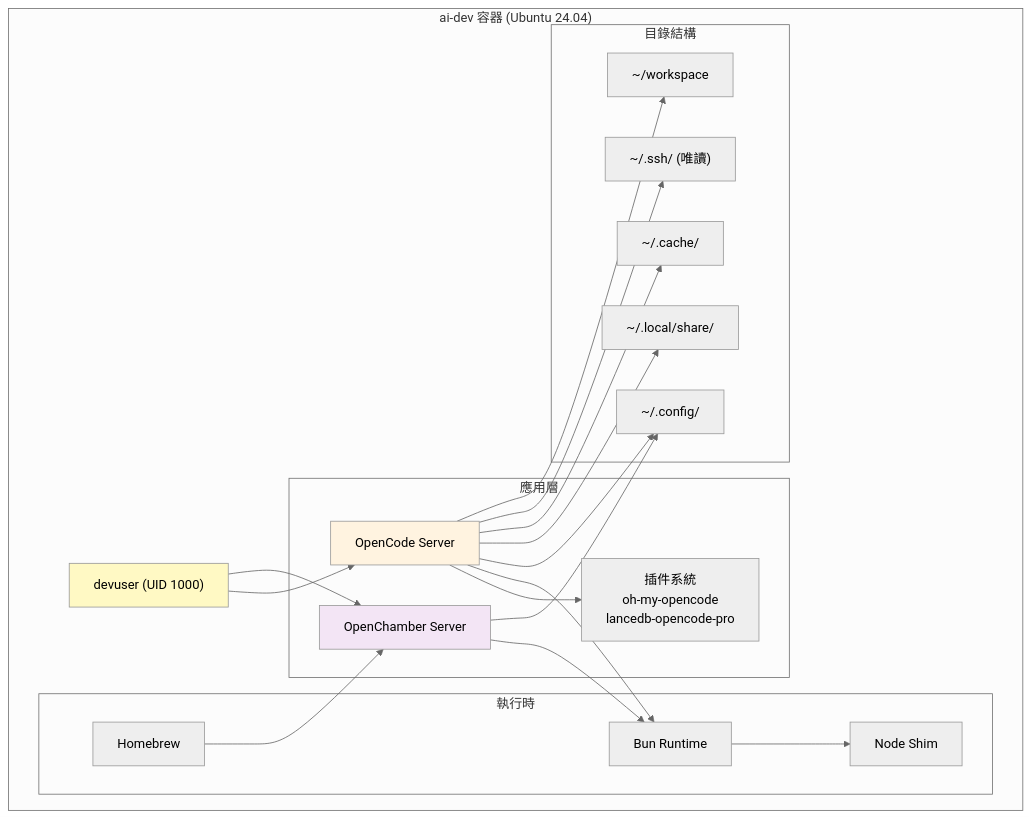
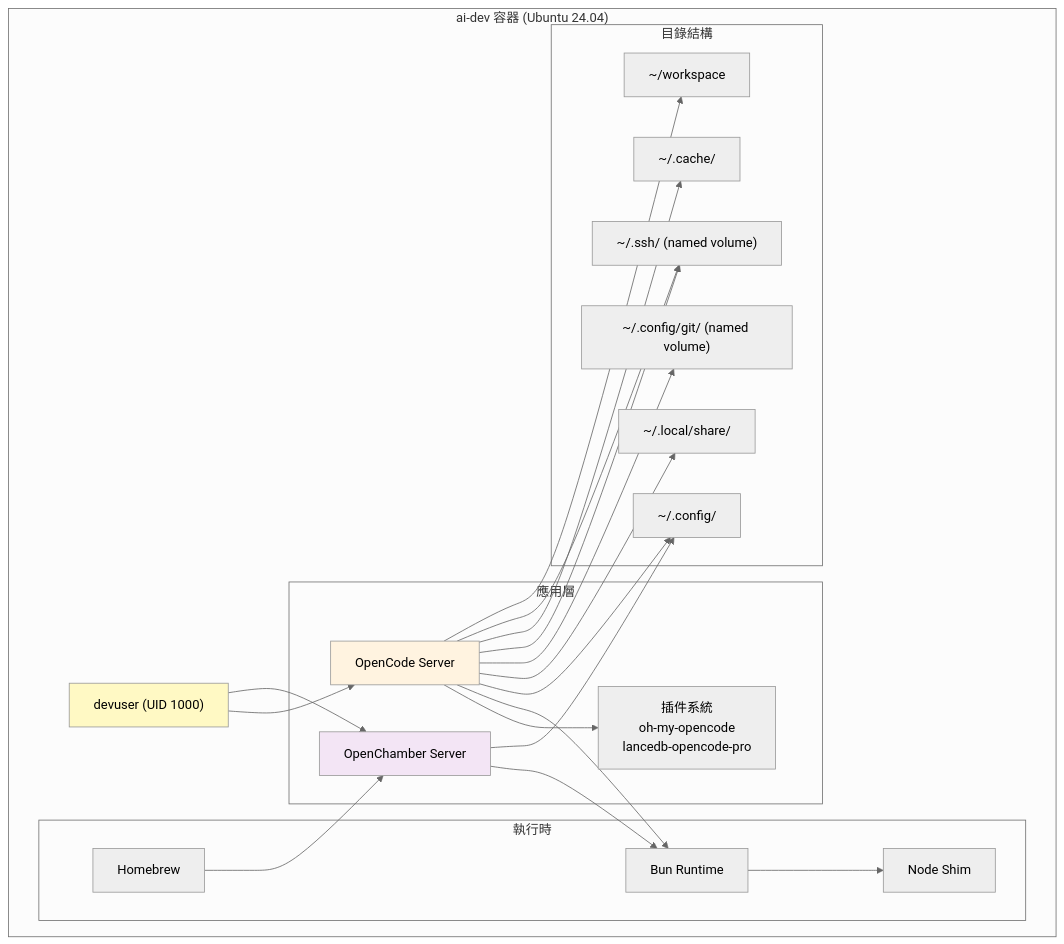
One commit to tryweb/ai-engkit changed the fourth of 12 diagrams in docs/ARCHITECTURE.md. Above: the diagram before and after it, drawn with Mermaid (neutral theme). The commit also changed other lines of this file and 1 other file, not shown here.

First line of the commit message:
docs: update architecture and troubleshooting docs for v0.5.0

````diff
--- a/docs/ARCHITECTURE.md
+++ b/docs/ARCHITECTURE.md
@@ -114,45 +112,48 @@
 ```mermaid
 graph TB
     subgraph "ai-dev 容器 (Ubuntu 24.04)"
         USER["devuser (UID 1000)"]
         
         subgraph "應用層"
             OC_SERVER["OpenCode Server"]
             OC_PLUGINS["插件系統<br/>oh-my-opencode<br/>lancedb-opencode-pro"]
             CH_SERVER["OpenChamber Server"]
         end
 
         subgraph "執行時"
             BUN["Bun Runtime"]
             HOMEBREW["Homebrew"]
             NODE_SHIM["Node Shim"]
         end
 
         subgraph "目錄結構"
             WORKSPACE["~/workspace"]
             CONFIG["~/.config/"]
             DATA["~/.local/share/"]
             CACHE["~/.cache/"]
-            SSH["~/.ssh/ (唯讀)"]
+            SSH["~/.ssh/ (named volume)"]
+            GIT["~/.config/git/ (named volume)"]
         end
     end
 
     USER --> OC_SERVER
     USER --> CH_SERVER
     OC_SERVER --> OC_PLUGINS
     OC_SERVER --> BUN
     CH_SERVER --> BUN
     BUN --> NODE_SHIM
     HOMEBREW --> CH_SERVER
 
     OC_SERVER --> CONFIG
     OC_SERVER --> DATA
+    OC_SERVER --> GIT
+    OC_SERVER --> SSH
     OC_SERVER --> CACHE
     CH_SERVER --> CONFIG
     OC_SERVER --> SSH
     OC_SERVER --> WORKSPACE
 
     style USER fill:#fff9c4
     style OC_SERVER fill:#fff3e0
     style CH_SERVER fill:#f3e5f5
 ```
````
